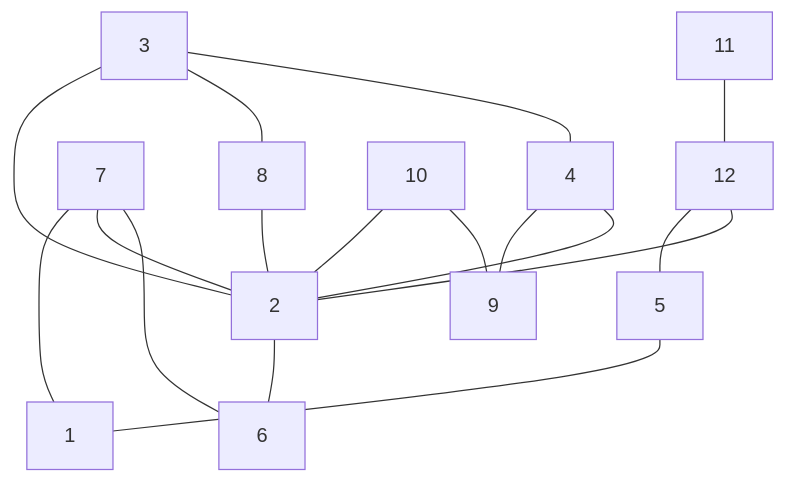
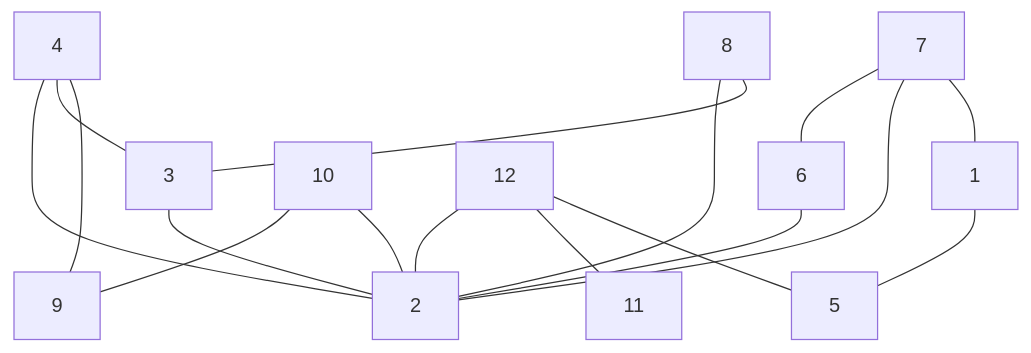
Before and after one commit to antononcube/Raku-Graph: the diagram in README.md, drawn with Mermaid. The commit also changed other lines of this file and 1 other file, not shown here.

````diff
--- a/README.md
+++ b/README.md
@@ -146,19 +146,19 @@
 ```mermaid
 graph TD
-11 --- 12
-10 --- 2
-10 --- 9
+12 --- 5
+12 --- 11
+12 --- 2
 7 --- 1
 7 --- 2
 7 --- 6
+1 --- 5
+6 --- 2
+8 --- 3
+8 --- 2
+4 --- 9
+4 --- 3
+4 --- 2
 3 --- 2
-3 --- 8
-3 --- 4
-4 --- 9
-4 --- 2
-12 --- 5
-12 --- 2
-8 --- 2
-5 --- 1
-2 --- 6
+10 --- 2
+10 --- 9
 ```
````
